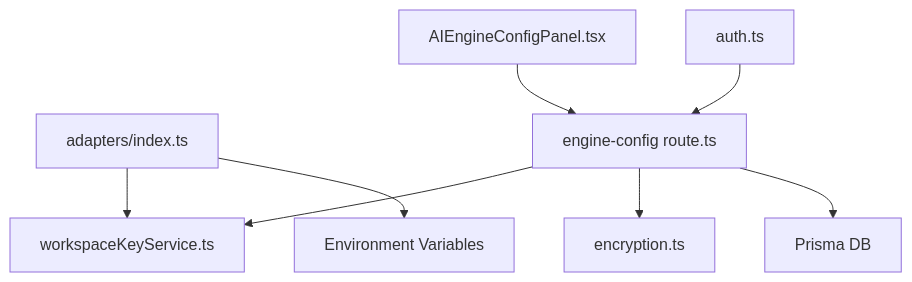
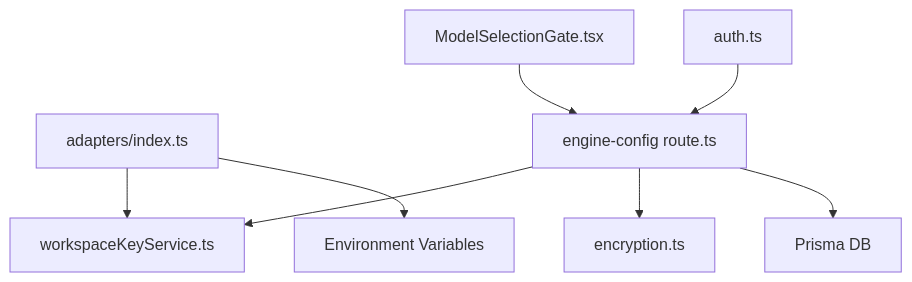
The eighth of 8 diagrams in .qoder/repowiki/en/content/AI Generation Engine/AI Provider Adapters/Configuration & Authentication Management.md (shekhargiri005-dotcom/AI-powered-accessibility-first-UI-engine), drawn with Mermaid before and after one commit. The commit also changed other lines of this file and 10 other files, not shown here.

````diff
--- a/.qoder/repowiki/en/content/AI Generation Engine/AI Provider Adapters/Configuration & Authentication Management.md
+++ b/.qoder/repowiki/en/content/AI Generation Engine/AI Provider Adapters/Configuration & Authentication Management.md
@@ -282,10 +295,10 @@
 ```mermaid
 graph TB
 ADP["adapters/index.ts"] --> WKS["workspaceKeyService.ts"]
 ADP --> ENV["Environment Variables"]
 API["engine-config route.ts"] --> WKS
 API --> ENC["encryption.ts"]
 API --> PRISMA["Prisma DB"]
-UI["AIEngineConfigPanel.tsx"] --> API
+UI["ModelSelectionGate.tsx"] --> API
 AUTH["auth.ts"] --> API
 ```
````
